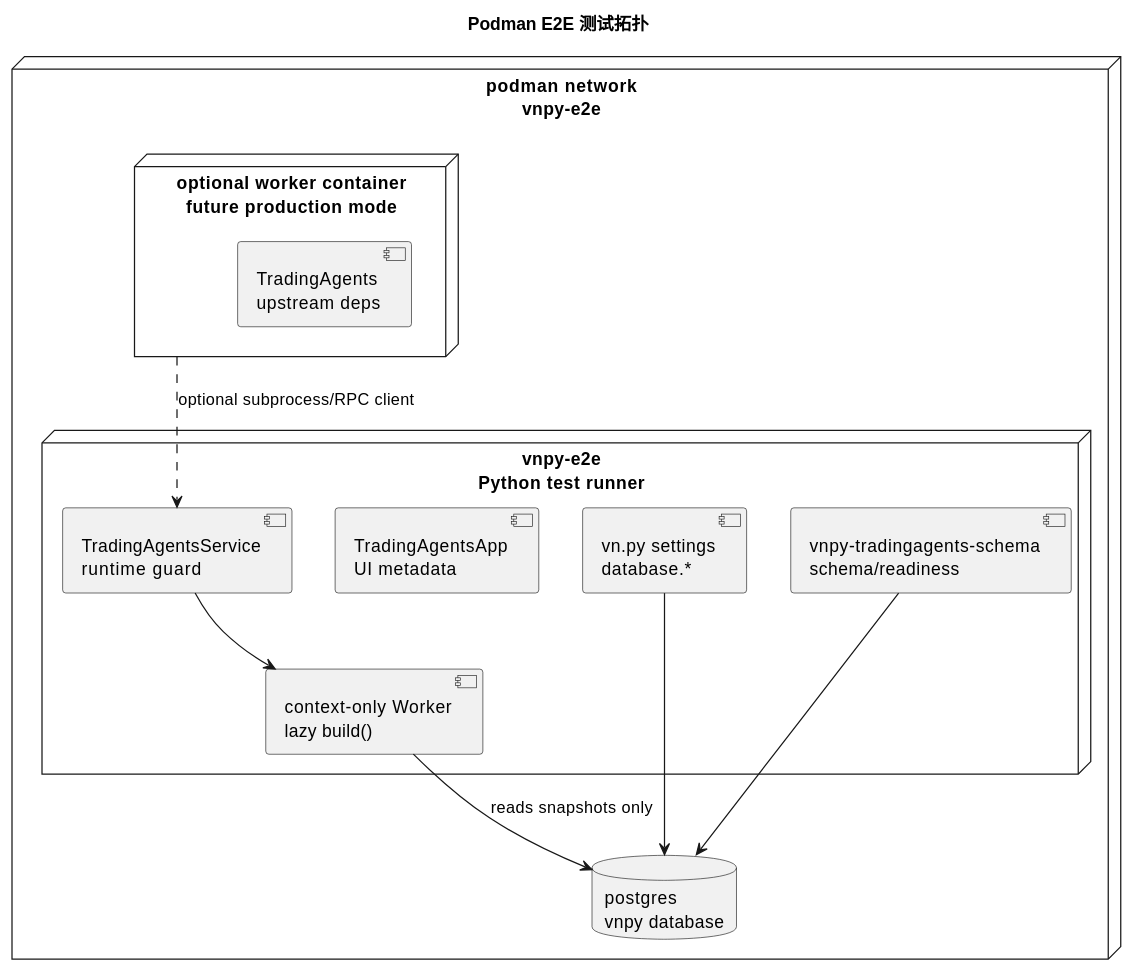
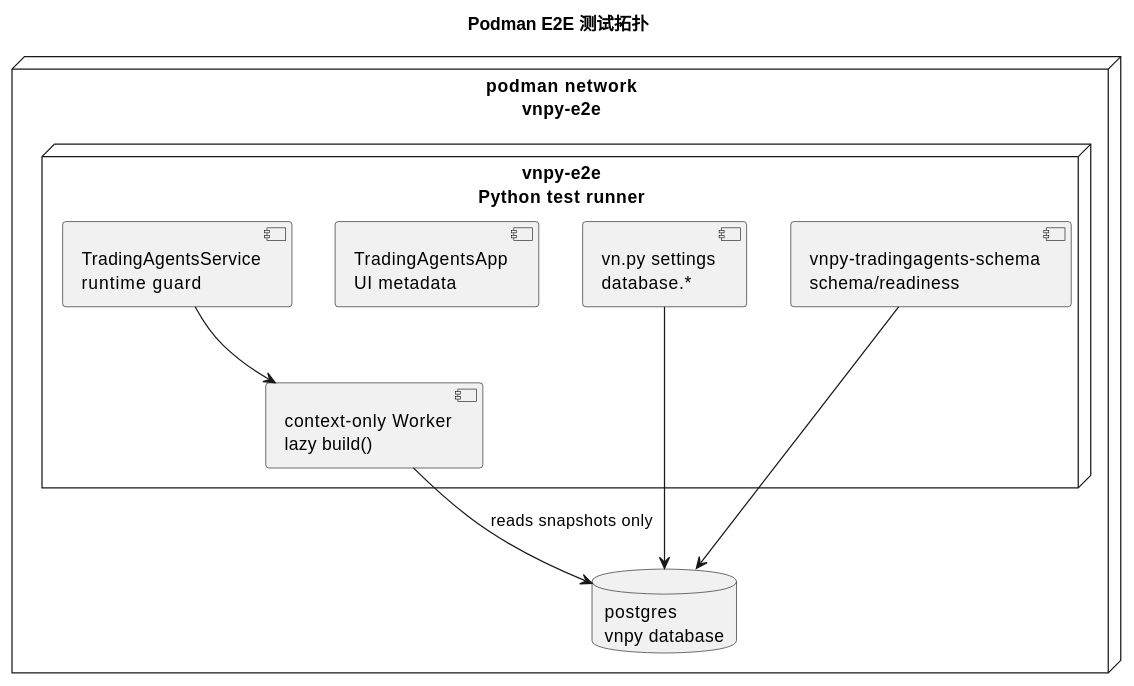
The diagram in docs/community/ops/podman_e2e_test_cases.md (zhoudirac-C/vnpy), drawn with PlantUML before and after one commit. The commit also changed other lines of this file and 44 other files, not shown here.

````diff
--- a/docs/community/ops/podman_e2e_test_cases.md
+++ b/docs/community/ops/podman_e2e_test_cases.md
@@ -38,30 +38,26 @@
 ```plantuml
 @startuml
 title Podman E2E 测试拓扑
 
 skinparam shadowing false
 skinparam packageStyle rectangle
 
 node "podman network\nvnpy-e2e" {
   database "postgres\nvnpy database" as PG
 
   node "vnpy-e2e\nPython test runner" as VNPY {
     component "vn.py settings\ndatabase.*" as Settings
     component "vnpy-tradingagents-schema\nschema/readiness" as CLI
     component "TradingAgentsApp\nUI metadata" as App
     component "TradingAgentsService\nruntime guard" as Service
     component "context-only Worker\nlazy build()" as Worker
   }
 
-  node "optional worker container\nfuture production mode" as WorkerContainer {
-    component "TradingAgents\nupstream deps" as Upstream
-  }
 }
 
 Settings --> PG
 CLI --> PG
 Service --> Worker
 Worker --> PG : reads snapshots only
-WorkerContainer ..> Service : optional subprocess/RPC client
 @enduml
 ```
````
